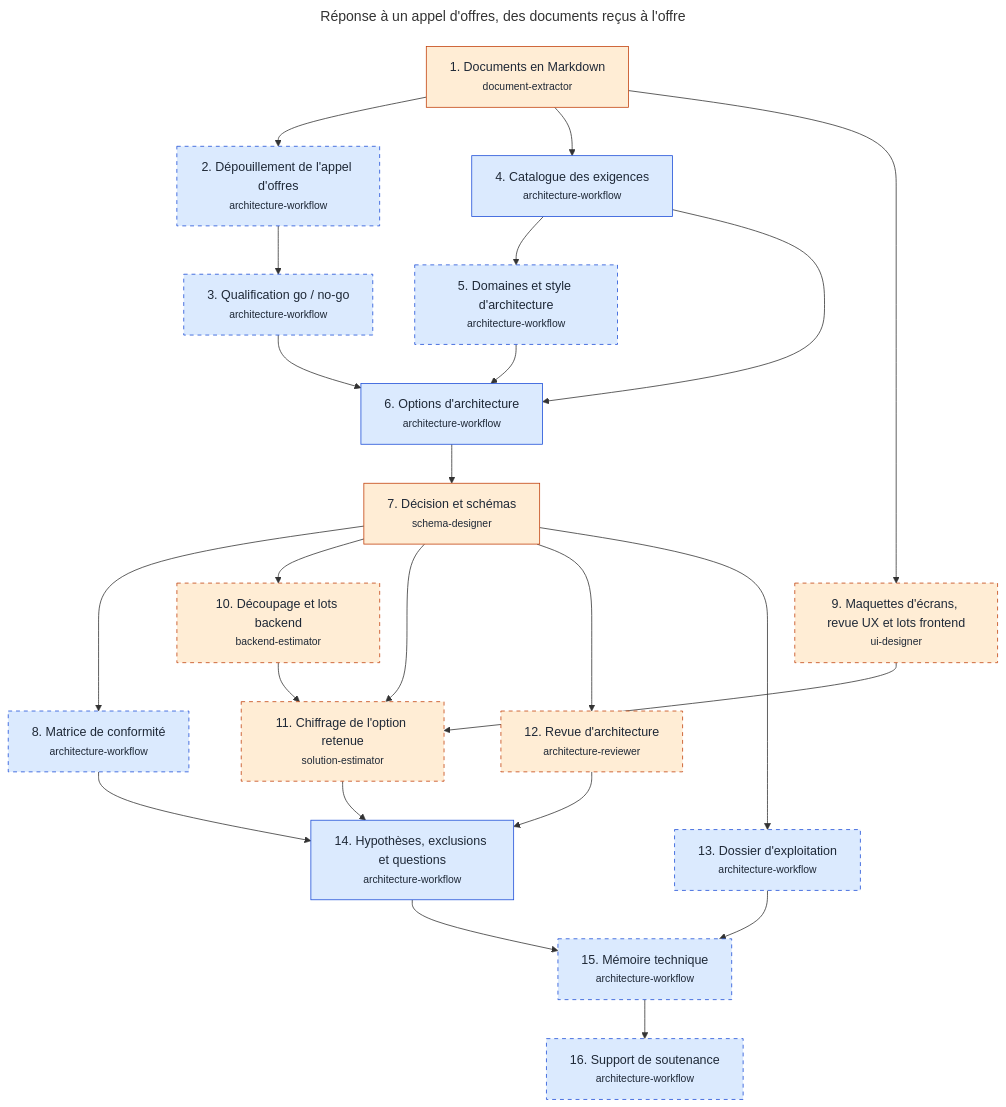
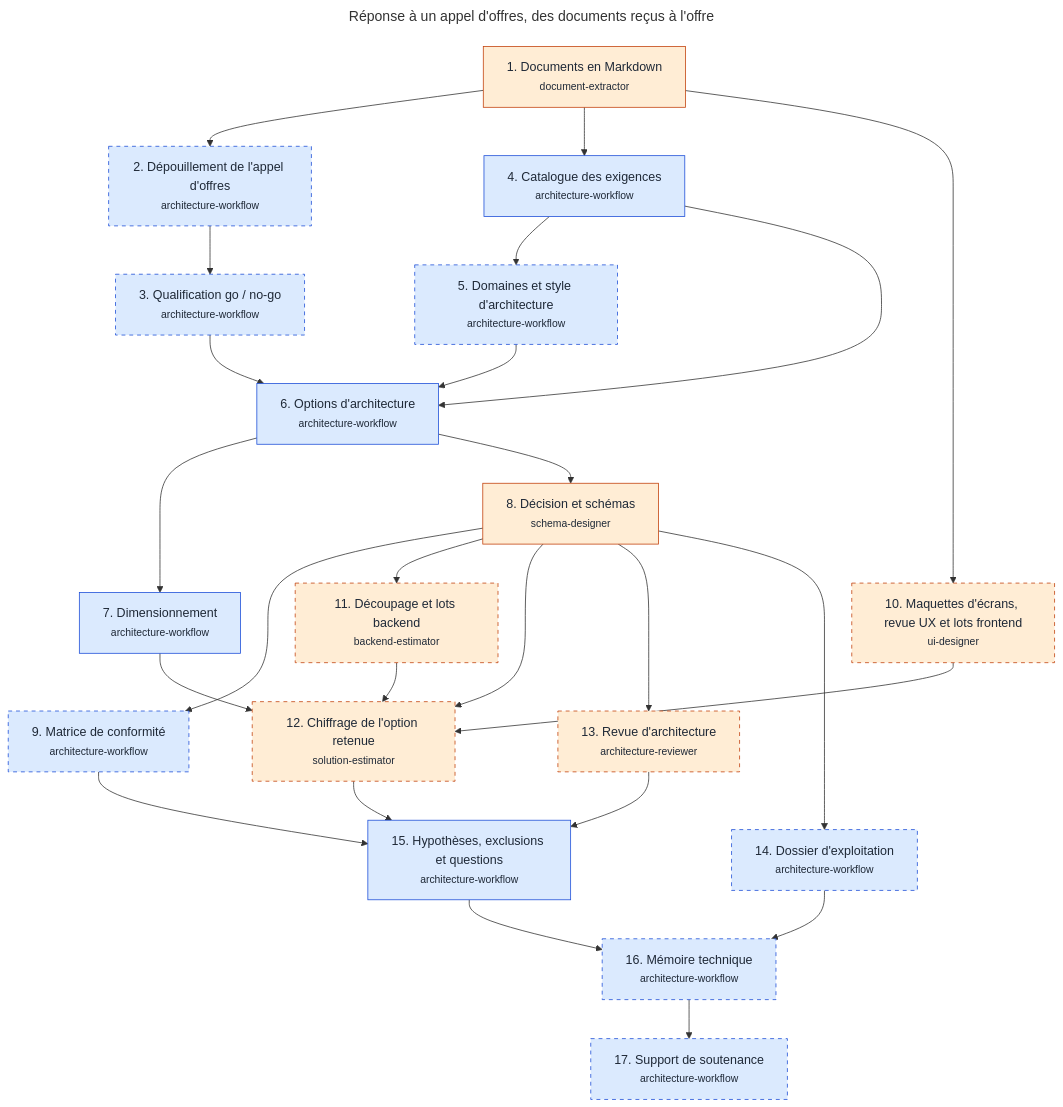
Before and after one commit to RenaudVanhille/myskills: the diagram in docs/workflows/avant-vente.md, drawn with Mermaid. The commit also changed other lines of this file and 18 other files, not shown here.

First line of the commit message:
feat: volumétrie demandée dès les exigences, dimensionnement avant le chiffrage (#144)

````diff
--- a/docs/workflows/avant-vente.md
+++ b/docs/workflows/avant-vente.md
@@ -18,50 +18,53 @@
 ```mermaid
 ---
 title: "Réponse à un appel d'offres, des documents reçus à l'offre"
 ---
 flowchart TD
   s_documents["1. Documents en Markdown<br/><small>document-extractor</small>"]
   s_depouillement["2. Dépouillement de l'appel d'offres<br/><small>architecture-workflow</small>"]
   s_qualification["3. Qualification go / no-go<br/><small>architecture-workflow</small>"]
   s_exigences["4. Catalogue des exigences<br/><small>architecture-workflow</small>"]
   s_domaines["5. Domaines et style d'architecture<br/><small>architecture-workflow</small>"]
   s_architectures["6. Options d'architecture<br/><small>architecture-workflow</small>"]
-  s_schemas["7. Décision et schémas<br/><small>schema-designer</small>"]
-  s_conformite["8. Matrice de conformité<br/><small>architecture-workflow</small>"]
-  s_maquettes["9. Maquettes d'écrans, revue UX et lots frontend<br/><small>ui-designer</small>"]
-  s_backend["10. Découpage et lots backend<br/><small>backend-estimator</small>"]
-  s_chiffrage["11. Chiffrage de l'option retenue<br/><small>solution-estimator</small>"]
-  s_revue["12. Revue d'architecture<br/><small>architecture-reviewer</small>"]
-  s_exploitation["13. Dossier d'exploitation<br/><small>architecture-workflow</small>"]
-  s_registre["14. Hypothèses, exclusions et questions<br/><small>architecture-workflow</small>"]
-  s_memoire["15. Mémoire technique<br/><small>architecture-workflow</small>"]
-  s_soutenance["16. Support de soutenance<br/><small>architecture-workflow</small>"]
+  s_dimensionnement["7. Dimensionnement<br/><small>architecture-workflow</small>"]
+  s_schemas["8. Décision et schémas<br/><small>schema-designer</small>"]
+  s_conformite["9. Matrice de conformité<br/><small>architecture-workflow</small>"]
+  s_maquettes["10. Maquettes d'écrans, revue UX et lots frontend<br/><small>ui-designer</small>"]
+  s_backend["11. Découpage et lots backend<br/><small>backend-estimator</small>"]
+  s_chiffrage["12. Chiffrage de l'option retenue<br/><small>solution-estimator</small>"]
+  s_revue["13. Revue d'architecture<br/><small>architecture-reviewer</small>"]
+  s_exploitation["14. Dossier d'exploitation<br/><small>architecture-workflow</small>"]
+  s_registre["15. Hypothèses, exclusions et questions<br/><small>architecture-workflow</small>"]
+  s_memoire["16. Mémoire technique<br/><small>architecture-workflow</small>"]
+  s_soutenance["17. Support de soutenance<br/><small>architecture-workflow</small>"]
   s_documents --> s_depouillement
   s_depouillement --> s_qualification
   s_documents --> s_exigences
   s_exigences --> s_domaines
   s_exigences --> s_architectures
   s_qualification --> s_architectures
   s_domaines --> s_architectures
+  s_architectures --> s_dimensionnement
   s_architectures --> s_schemas
   s_schemas --> s_conformite
   s_documents --> s_maquettes
   s_schemas --> s_backend
   s_schemas --> s_chiffrage
   s_maquettes --> s_chiffrage
   s_backend --> s_chiffrage
+  s_dimensionnement --> s_chiffrage
   s_schemas --> s_revue
   s_schemas --> s_exploitation
   s_conformite --> s_registre
   s_chiffrage --> s_registre
   s_revue --> s_registre
   s_registre --> s_memoire
   s_exploitation --> s_memoire
   s_memoire --> s_soutenance
   classDef moteur fill:#dbeafe,stroke:#1d4ed8,color:#1f2937
   classDef agent fill:#ffedd5,stroke:#c2410c,color:#1f2937
   classDef facultative stroke-dasharray:5 5
-  class s_depouillement,s_qualification,s_exigences,s_domaines,s_architectures,s_conformite,s_exploitation,s_registre,s_memoire,s_soutenance moteur
+  class s_depouillement,s_qualification,s_exigences,s_domaines,s_architectures,s_dimensionnement,s_conformite,s_exploitation,s_registre,s_memoire,s_soutenance moteur
   class s_documents,s_schemas,s_maquettes,s_backend,s_chiffrage,s_revue agent
   class s_depouillement,s_qualification,s_domaines,s_conformite,s_maquettes,s_backend,s_chiffrage,s_revue,s_exploitation,s_memoire,s_soutenance facultative
 ```
````
